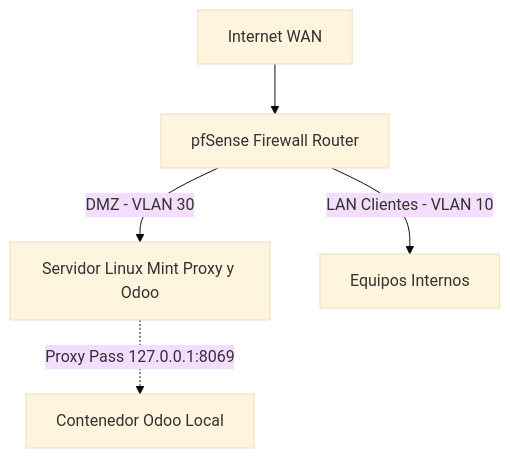
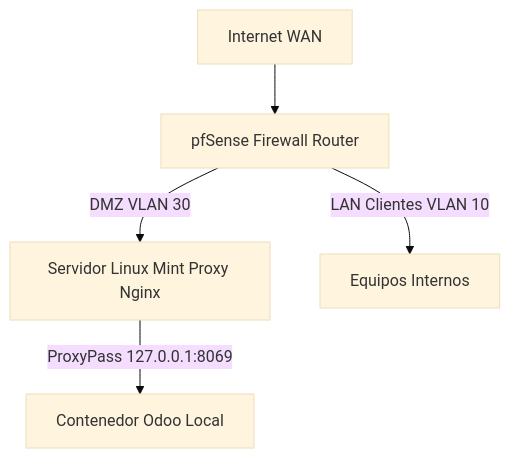
One commit to sandrafrv/TFG-Implantacion_Segura_y_Automatizada_de_Odoo changed the diagram in README.md. Above: the diagram before and after it, drawn with Mermaid (base theme).

````diff
--- a/README.md
+++ b/README.md
@@ -30,8 +30,7 @@
 ```mermaid
 graph TD
-    A[Internet WAN] --> B[pfSense Firewall Router]
-    B -->|DMZ - VLAN 30| C[Servidor Linux Mint Proxy y Odoo]
-    B -->|LAN Clientes - VLAN 10| D[Equipos Internos]
-    
-    C -.->|Proxy Pass 127.0.0.1:8069| E[Contenedor Odoo Local]
+    WAN[Internet WAN] --> P[pfSense Firewall Router]
+    P --> |DMZ VLAN 30| N[Servidor Linux Mint Proxy Nginx]
+    N --> |ProxyPass 127.0.0.1:8069| Docker[Contenedor Odoo Local]
+    P --> |LAN Clientes VLAN 10| CLI[Equipos Internos]
 ```
````
